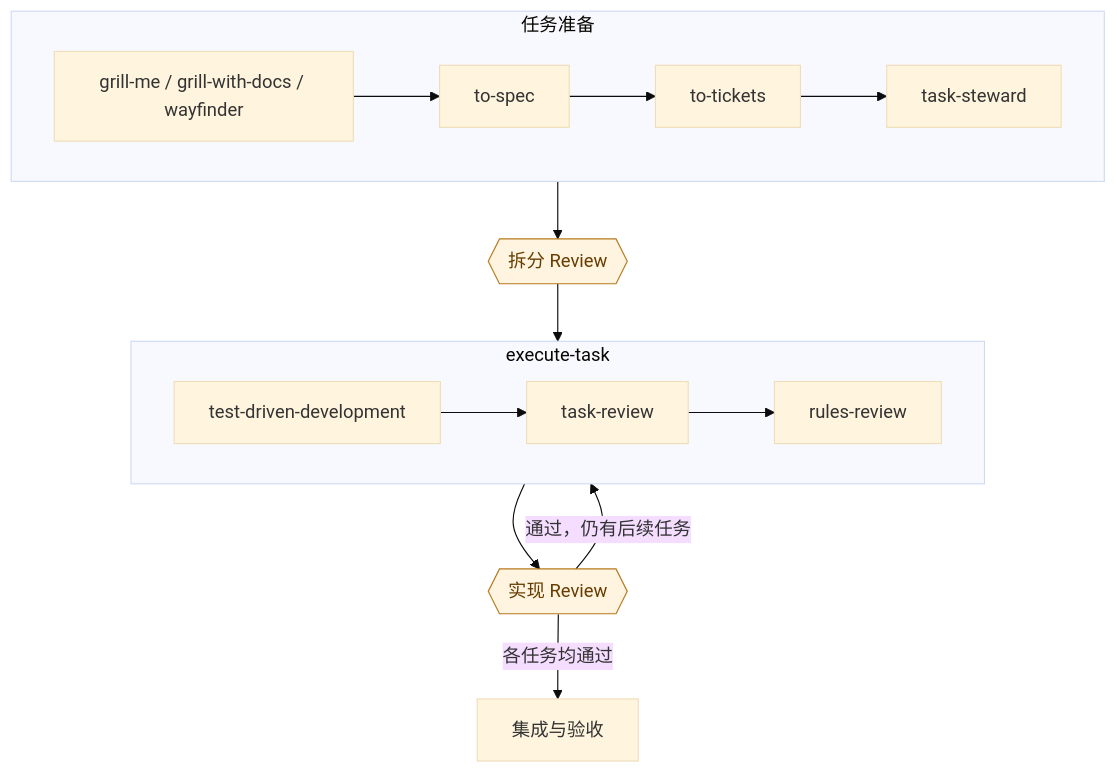
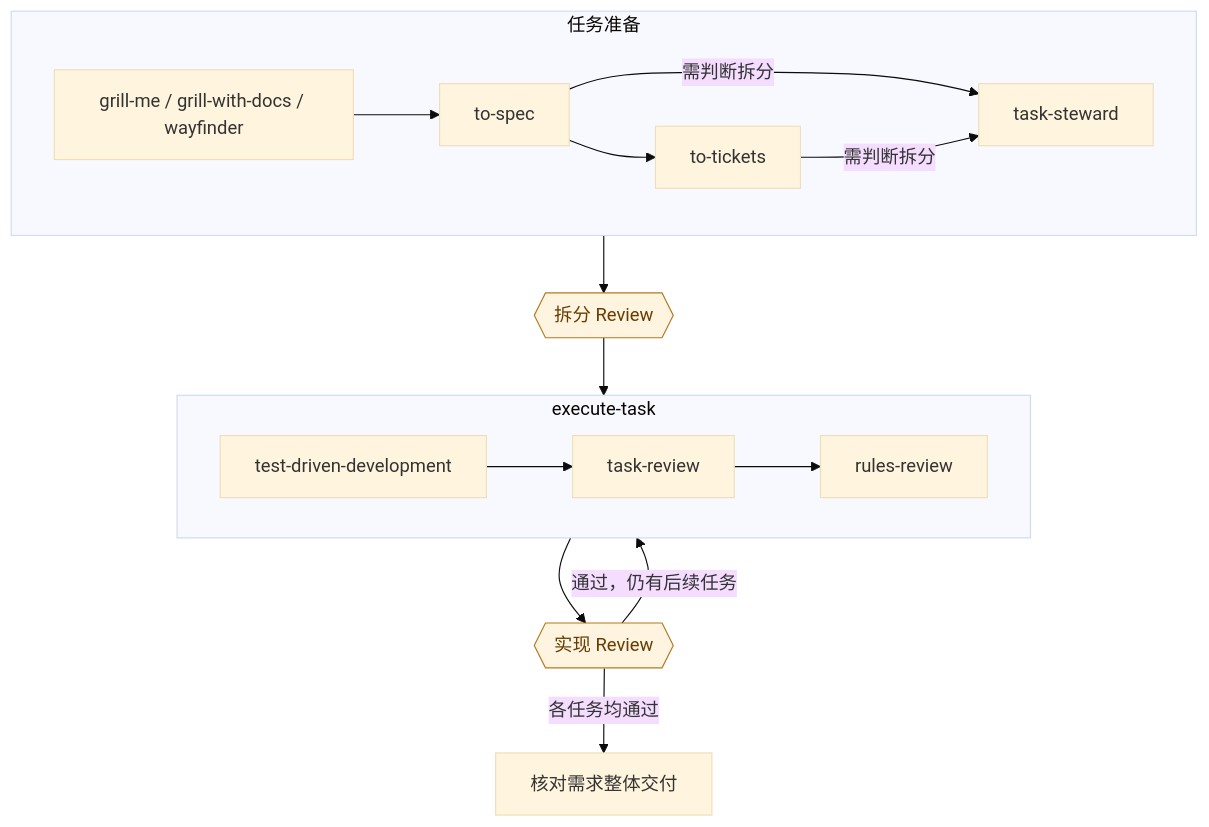
Before and after one commit to qianchengjie/skills: the diagram in docs/overview.md, drawn with Mermaid (base theme). The commit also changed other lines of this file and 5 other files, not shown here.

Commit message:
refactor(task-steward): 按需拆分需求为平级任务

````diff
--- a/docs/overview.md
+++ b/docs/overview.md
@@ -11,25 +11,26 @@
 ```mermaid
 flowchart TB
     subgraph preparation ["任务准备"]
         direction LR
         exploration["grill-me / grill-with-docs / wayfinder"] --> spec["to-spec"]
         spec --> tickets["to-tickets"]
-        tickets --> steward["task-steward"]
+        spec -->|"需判断拆分"| steward["task-steward"]
+        tickets -->|"需判断拆分"| steward
     end
 
     preparation --> splitReview{{"拆分 Review"}}
     splitReview --> execution
 
     subgraph execution ["execute-task"]
         direction LR
         implement["test-driven-development"] --> taskReview["task-review"]
         taskReview --> rulesReview["rules-review"]
     end
 
     execution --> resultReview{{"实现 Review"}}
     resultReview -->|"通过，仍有后续任务"| execution
-    resultReview -->|"各任务均通过"| acceptance["集成与验收"]
+    resultReview -->|"各任务均通过"| acceptance["核对需求整体交付"]
 
     classDef human fill:#fff4df,stroke:#b7791f,color:#663c00
     class splitReview,resultReview human
 ```
````
